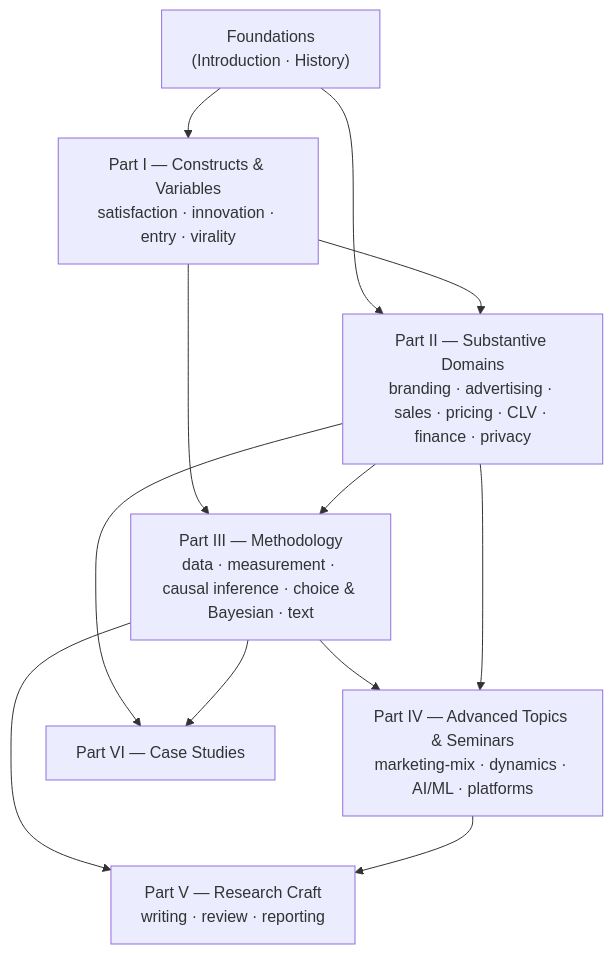
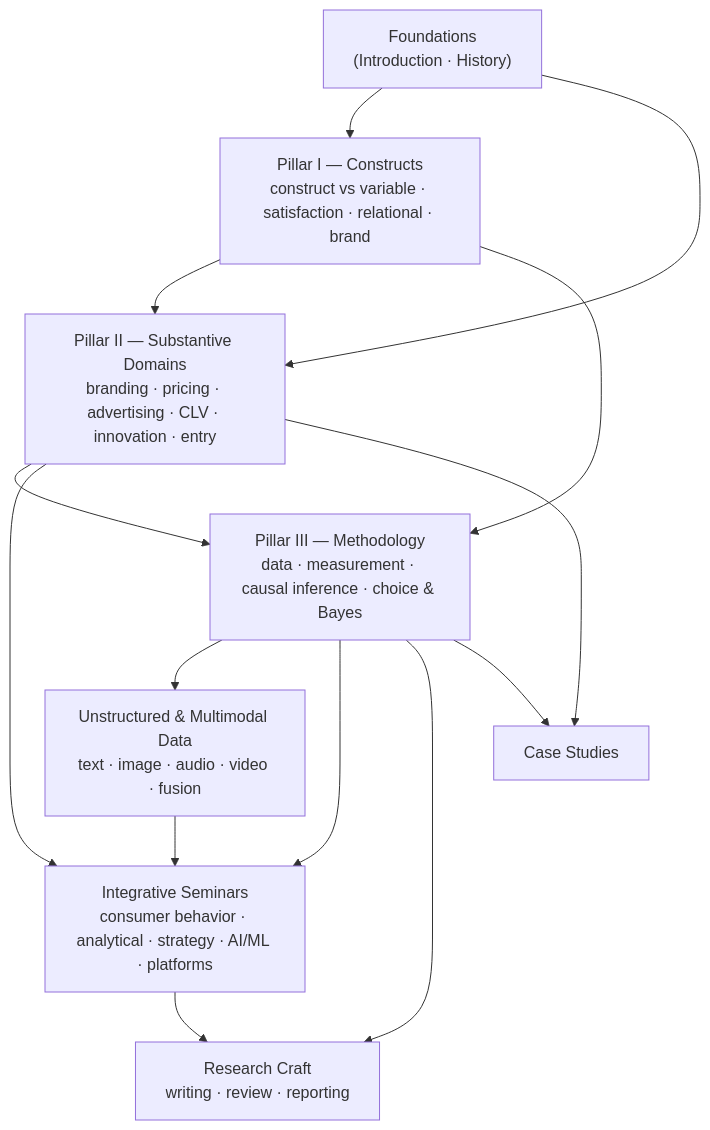
Before and after one commit to mikenguyen13/marketing_research: the diagram in 01-introduction.qmd, drawn with Mermaid. The commit also changed other lines of this file and 74 other files, not shown here.

First line of the commit message:
Phase 1: three-pillar structure + prefaces + framework; code-fold; SEO; collapse sidebar; trim bold

````diff
--- a/01-introduction.qmd
+++ b/01-introduction.qmd
@@ -150,24 +179,27 @@
 ```{mermaid}
 %%| label: fig-book-map
-%%| fig-cap: "Organization of the book. Foundations and constructs motivate substantive domains; both motivate the methodology that serves them; advanced topics and research craft build on all three. Arrows denote 'is prerequisite for', not strict reading order."
+%%| fig-cap: "Organization of the book around the three pillars. Constructs and substantive domains motivate the methodology that serves them; the data and seminar parts extend methodology outward; research craft and cases build on all of it. Arrows denote 'is prerequisite for', not strict reading order."
 flowchart TD
     F["Foundations<br/>(Introduction · History)"]
-    C["Part I — Constructs &amp; Variables<br/>satisfaction · innovation · entry · virality"]
-    D["Part II — Substantive Domains<br/>branding · advertising · sales · pricing · CLV · finance · privacy"]
-    M["Part III — Methodology<br/>data · measurement · causal inference · choice &amp; Bayesian · text"]
-    A["Part IV — Advanced Topics &amp; Seminars<br/>marketing-mix · dynamics · AI/ML · platforms"]
-    R["Part V — Research Craft<br/>writing · review · reporting"]
-    K["Part VI — Case Studies"]
+    C["Pillar I — Constructs<br/>construct vs variable · satisfaction · relational · brand"]
+    D["Pillar II — Substantive Domains<br/>branding · pricing · advertising · CLV · innovation · entry"]
+    M["Pillar III — Methodology<br/>data · measurement · causal inference · choice &amp; Bayes"]
+    U["Unstructured &amp; Multimodal Data<br/>text · image · audio · video · fusion"]
+    S["Integrative Seminars<br/>consumer behavior · analytical · strategy · AI/ML · platforms"]
+    R["Research Craft<br/>writing · review · reporting"]
+    K["Case Studies"]
 
     F --> C
     F --> D
     C --> D
     C --> M
     D --> M
-    M --> A
-    D --> A
+    M --> U
+    M --> S
+    D --> S
+    U --> S
     M --> R
-    A --> R
+    S --> R
     D --> K
     M --> K
 ```
````
